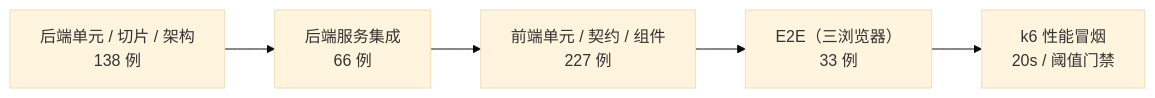
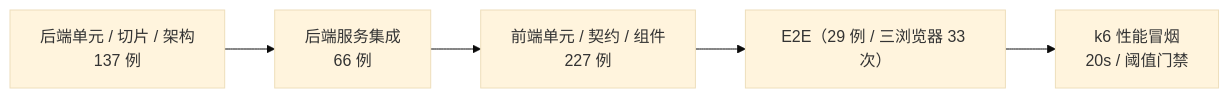
The diagram in docs/quality.md (T1Longlive/pm_system), drawn with Mermaid (base theme) before and after one commit. The commit also changed other lines of this file and 2 other files, not shown here.

````diff
--- a/docs/quality.md
+++ b/docs/quality.md
@@ -10,7 +10,7 @@
 ```mermaid
 flowchart LR
-  A["后端单元 / 切片 / 架构<br/>138 例"] --> B["后端服务集成<br/>66 例"]
+  A["后端单元 / 切片 / 架构<br/>137 例"] --> B["后端服务集成<br/>66 例"]
   B --> C["前端单元 / 契约 / 组件<br/>227 例"]
-  C --> D["E2E（三浏览器）<br/>33 例"]
+  C --> D["E2E（29 例 / 三浏览器 33 次）"]
   D --> E["k6 性能冒烟<br/>20s / 阈值门禁"]
 ```
````
